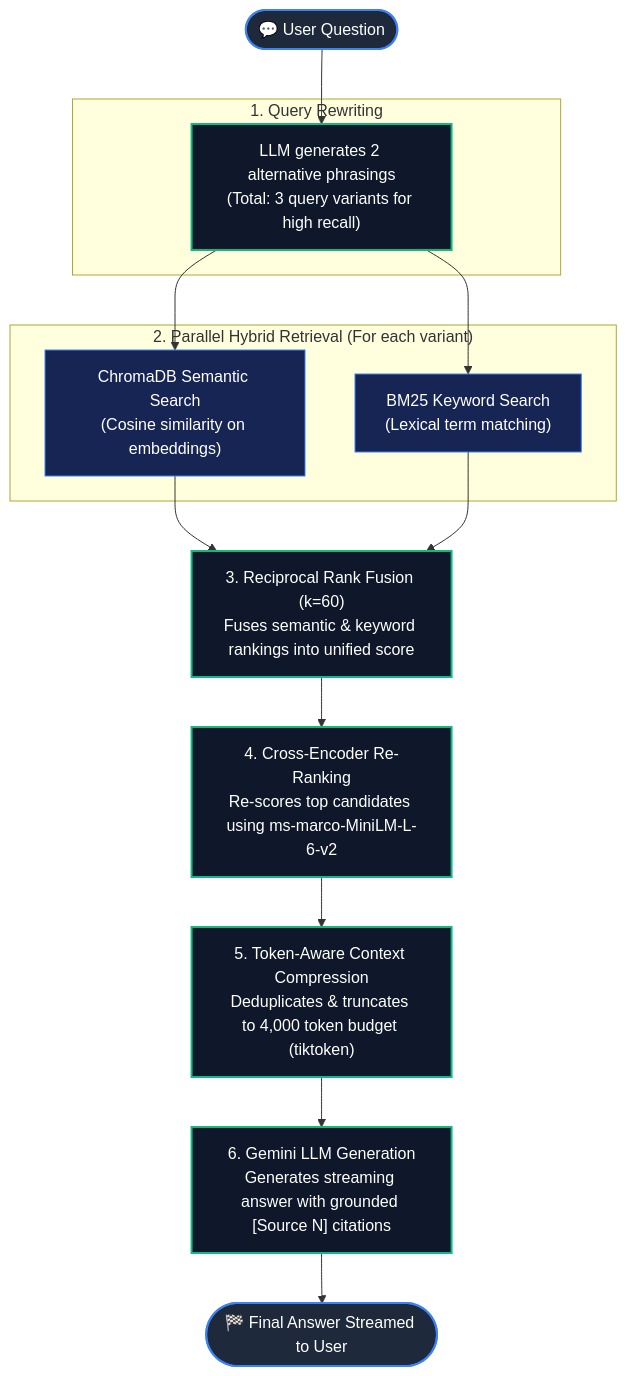
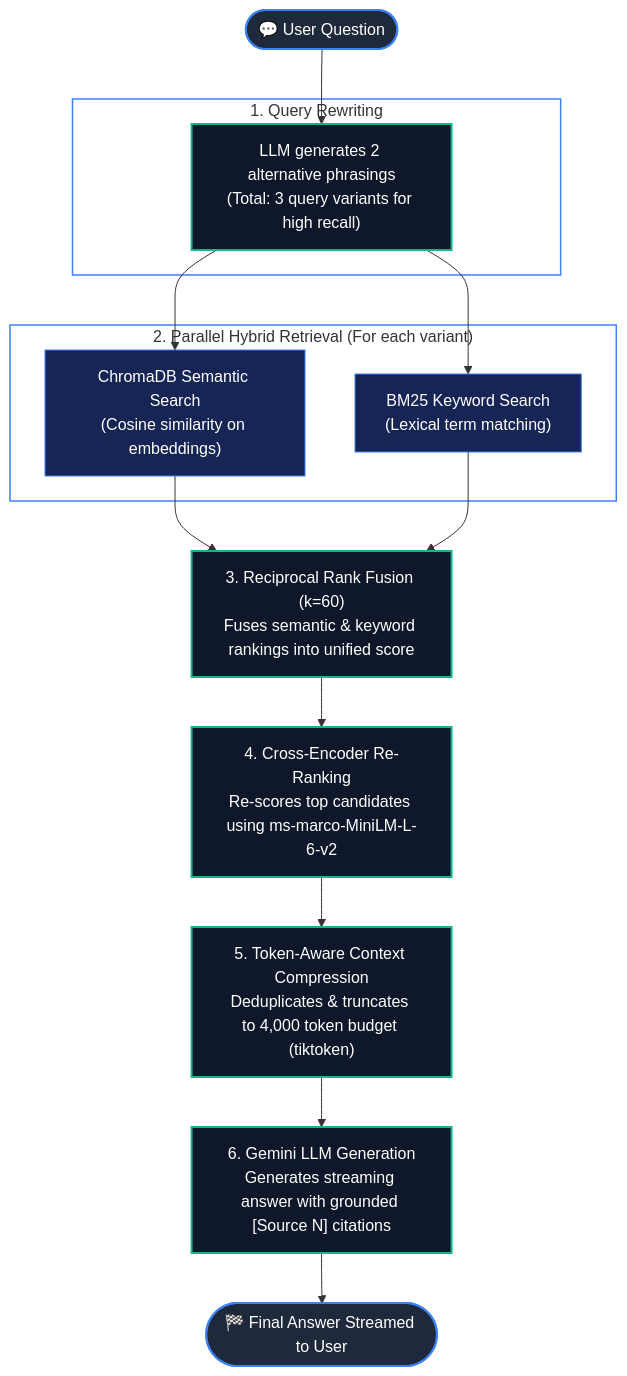
The third of 3 diagrams in README.md (kshitij189/doc-processor), drawn with Mermaid before and after one commit. The commit also changed other lines of this file, not shown here.

Commit message:
fix: resolve dark mode contrast by removing rects and setting subgraphs transparent

````diff
--- a/README.md
+++ b/README.md
@@ -365,45 +368,49 @@
 ```mermaid
 graph TD
     %% Styling Definitions
     classDef start_end fill:#1e293b,stroke:#3b82f6,stroke-width:2px,color:#fff;
     classDef step fill:#0f172a,stroke:#10b981,stroke-width:2px,color:#fff;
     classDef sub_step fill:#172554,stroke:#3b82f6,stroke-width:1px,color:#fff;
 
     %% Nodes
     Start(["💬 User Question"])
     
     subgraph QueryExpansion ["1. Query Rewriting"]
         Rewrite["LLM generates 2 alternative phrasings<br/>(Total: 3 query variants for high recall)"]
     end
     
     subgraph Retrieval ["2. Parallel Hybrid Retrieval (For each variant)"]
         Semantic["ChromaDB Semantic Search<br/>(Cosine similarity on embeddings)"]
         Keyword["BM25 Keyword Search<br/>(Lexical term matching)"]
     end
     
     Fusion["3. Reciprocal Rank Fusion (k=60)<br/>Fuses semantic & keyword rankings into unified score"]
     
     Rerank["4. Cross-Encoder Re-Ranking<br/>Re-scores top candidates using ms-marco-MiniLM-L-6-v2"]
     
     Context["5. Token-Aware Context Compression<br/>Deduplicates & truncates to 4,000 token budget (tiktoken)"]
     
     LLM["6. Gemini LLM Generation<br/>Generates streaming answer with grounded [Source N] citations"]
     
     End(["🏁 Final Answer Streamed to User"])
 
     %% Connections
     Start --> Rewrite
     Rewrite --> Semantic
     Rewrite --> Keyword
     Semantic --> Fusion
     Keyword --> Fusion
     Fusion --> Rerank
     Rerank --> Context
     Context --> LLM
     LLM --> End
 
     %% Apply Classes
     class Start,End start_end;
     class Rewrite,Fusion,Rerank,Context,LLM step;
     class Semantic,Keyword sub_step;
+
+    %% Style Subgraphs to be transparent (removes default white background on GitHub Dark Mode)
+    style QueryExpansion fill:none,stroke:#3b82f6,stroke-width:1.5px
+    style Retrieval fill:none,stroke:#3b82f6,stroke-width:1.5px
 ```
````
